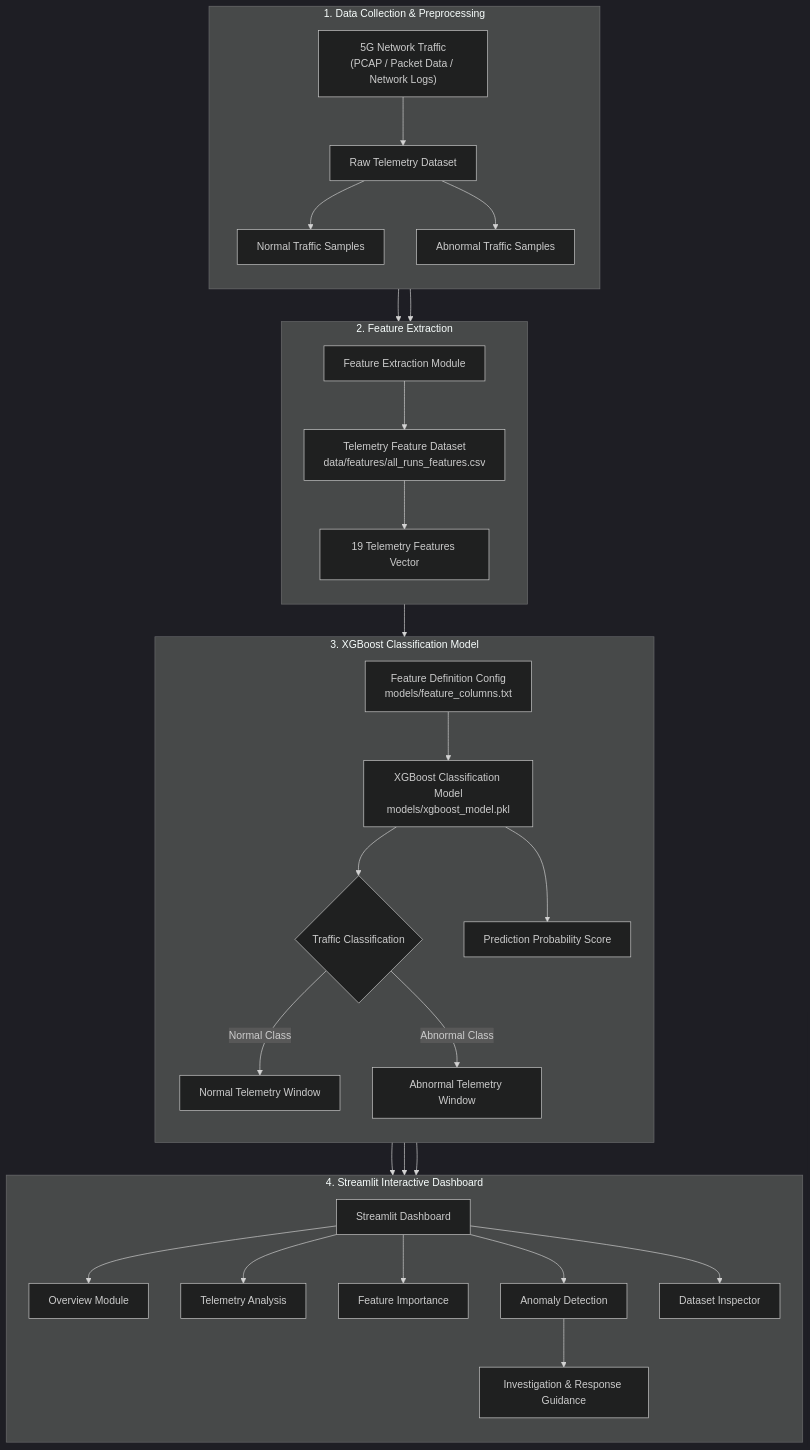
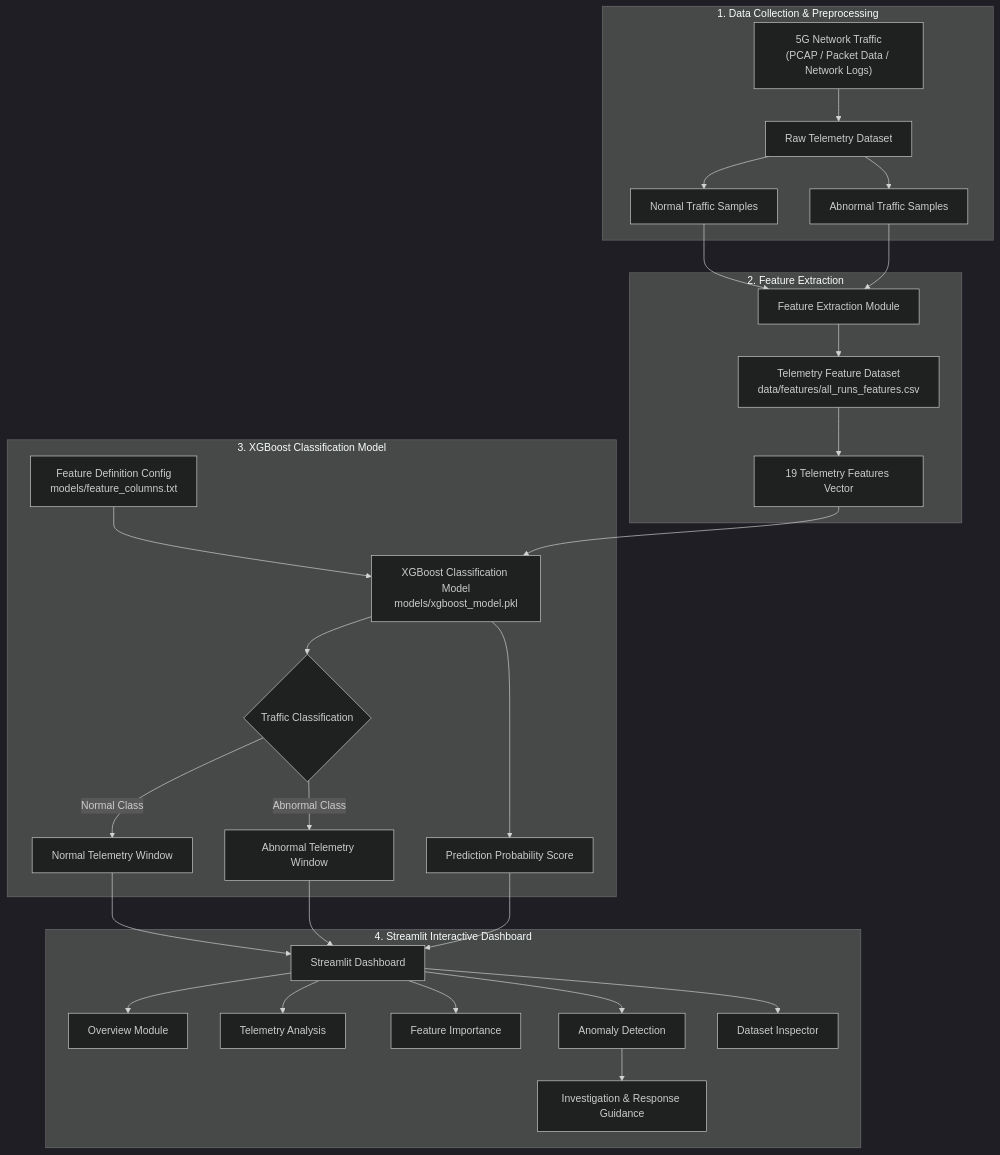
Before and after one commit to Chinmayanand03/5G-Network-Anomaly-Detection-Using-XGBoost-Based-Telemetry-Analysis: the first of 6 diagrams in README.md, drawn with Mermaid (dark theme). The commit also changed other lines of this file and 1 other file, not shown here.

Commit message:
Fix syntax error by removing invalid direction TB inside subgraphs

````diff
--- a/README.md
+++ b/README.md
@@ -59,42 +59,38 @@
 ```mermaid
 flowchart TD
     subgraph DataIngestion ["1. Data Collection & Preprocessing"]
-        direction TB
         A["5G Network Traffic<br/>(PCAP / Packet Data / Network Logs)"] --> B["Raw Telemetry Dataset"]
         B --> C1["Normal Traffic Samples"]
         B --> C2["Abnormal Traffic Samples"]
     end
 
     subgraph FeatureEngineering ["2. Feature Extraction"]
-        direction TB
         D["Feature Extraction Module"] --> E["Telemetry Feature Dataset<br/>data/features/all_runs_features.csv"]
         E --> F["19 Telemetry Features Vector"]
     end
 
     subgraph MLInference ["3. XGBoost Classification Model"]
-        direction TB
         H["Feature Definition Config<br/>models/feature_columns.txt"] --> G["XGBoost Classification Model<br/>models/xgboost_model.pkl"]
         G --> I{"Traffic Classification"}
         I -->|Normal Class| J["Normal Telemetry Window"]
         I -->|Abnormal Class| K["Abnormal Telemetry Window"]
         G --> L["Prediction Probability Score"]
     end
 
     subgraph DashboardUI ["4. Streamlit Interactive Dashboard"]
-        direction TB
         M["Streamlit Dashboard"]
         M --> N1["Overview Module"]
         M --> N2["Telemetry Analysis"]
         M --> N3["Feature Importance"]
         M --> N4["Anomaly Detection"]
         M --> N5["Dataset Inspector"]
         N4 --> O["Investigation & Response Guidance"]
     end
 
     C1 --> D
     C2 --> D
     F --> G
     J --> M
     K --> M
     L --> M
 ```
````
